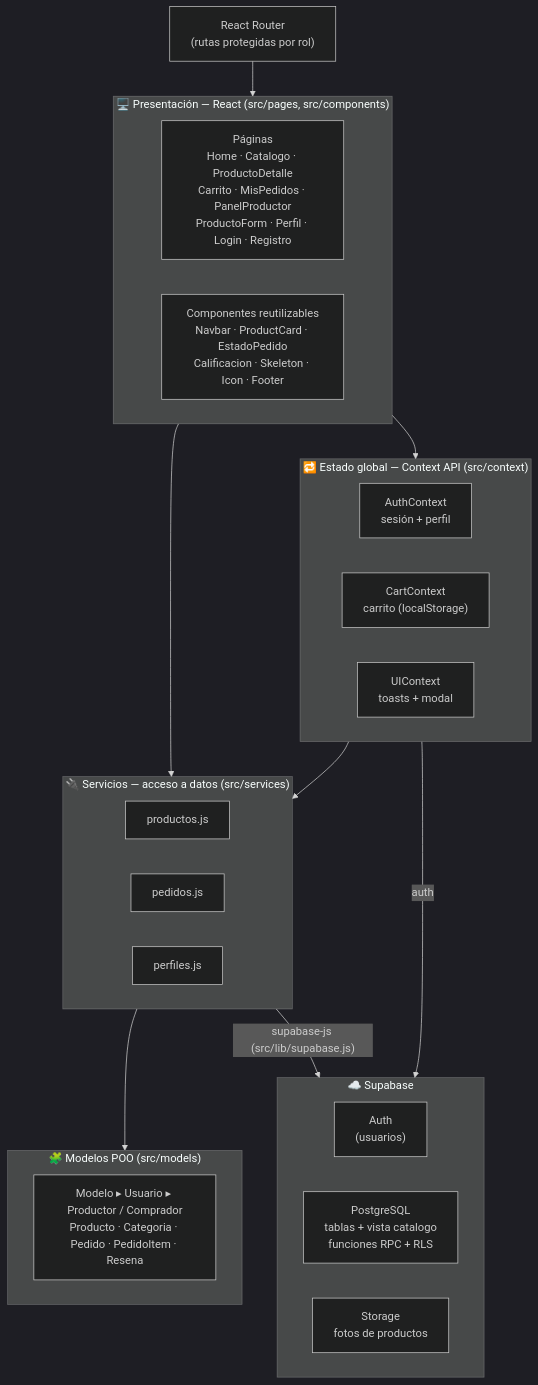
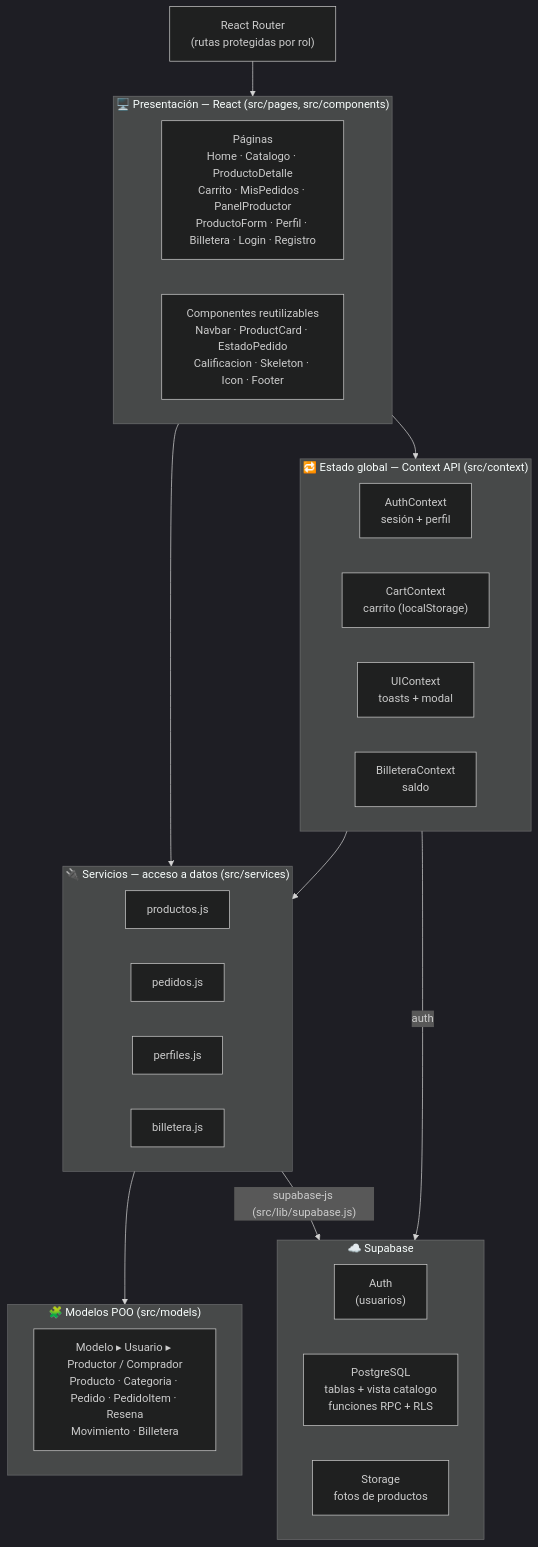
The diagram in plataforma/docs/diagrama-arquitectura.mmd (castxno-sys/ShareG), drawn with Mermaid (dark theme) before and after one commit. The commit also changed 6 other files, not shown here.

First line of the commit message:
Diagramas y README con la billetera

```diff
--- a/plataforma/docs/diagrama-arquitectura.mmd
+++ b/plataforma/docs/diagrama-arquitectura.mmd
@@ -1,34 +1,36 @@
 flowchart TB
   subgraph UI["🖥️ Presentación — React (src/pages, src/components)"]
     direction LR
-    P1["Páginas<br/>Home · Catalogo · ProductoDetalle<br/>Carrito · MisPedidos · PanelProductor<br/>ProductoForm · Perfil · Login · Registro"]
+    P1["Páginas<br/>Home · Catalogo · ProductoDetalle<br/>Carrito · MisPedidos · PanelProductor<br/>ProductoForm · Perfil · Billetera · Login · Registro"]
     P2["Componentes reutilizables<br/>Navbar · ProductCard · EstadoPedido<br/>Calificacion · Skeleton · Icon · Footer"]
   end
   subgraph EST["🔁 Estado global — Context API (src/context)"]
     direction LR
     C1["AuthContext<br/>sesión + perfil"]
     C2["CartContext<br/>carrito (localStorage)"]
     C3["UIContext<br/>toasts + modal"]
+    C4["BilleteraContext<br/>saldo"]
   end
   subgraph SRV["🔌 Servicios — acceso a datos (src/services)"]
     direction LR
     S1["productos.js"]
     S2["pedidos.js"]
     S3["perfiles.js"]
+    S4["billetera.js"]
   end
   subgraph MOD["🧩 Modelos POO (src/models)"]
-    M1["Modelo ▸ Usuario ▸ Productor / Comprador<br/>Producto · Categoria · Pedido · PedidoItem · Resena"]
+    M1["Modelo ▸ Usuario ▸ Productor / Comprador<br/>Producto · Categoria · Pedido · PedidoItem · Resena<br/>Movimiento · Billetera"]
   end
   subgraph BE["☁️ Supabase"]
     direction LR
     B1["Auth<br/>(usuarios)"]
     B2["PostgreSQL<br/>tablas + vista catalogo<br/>funciones RPC + RLS"]
     B3["Storage<br/>fotos de productos"]
   end
   R["React Router<br/>(rutas protegidas por rol)"] --> UI
   UI --> EST
   UI --> SRV
   EST --> SRV
   SRV --> MOD
   SRV -- "supabase-js (src/lib/supabase.js)" --> BE
   EST -- "auth" --> B1
```
